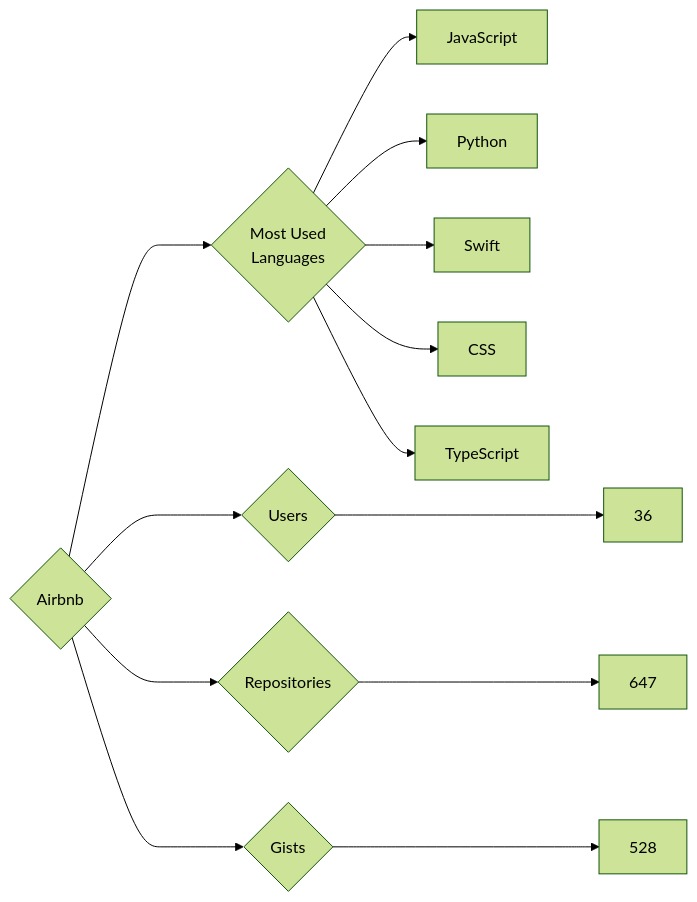
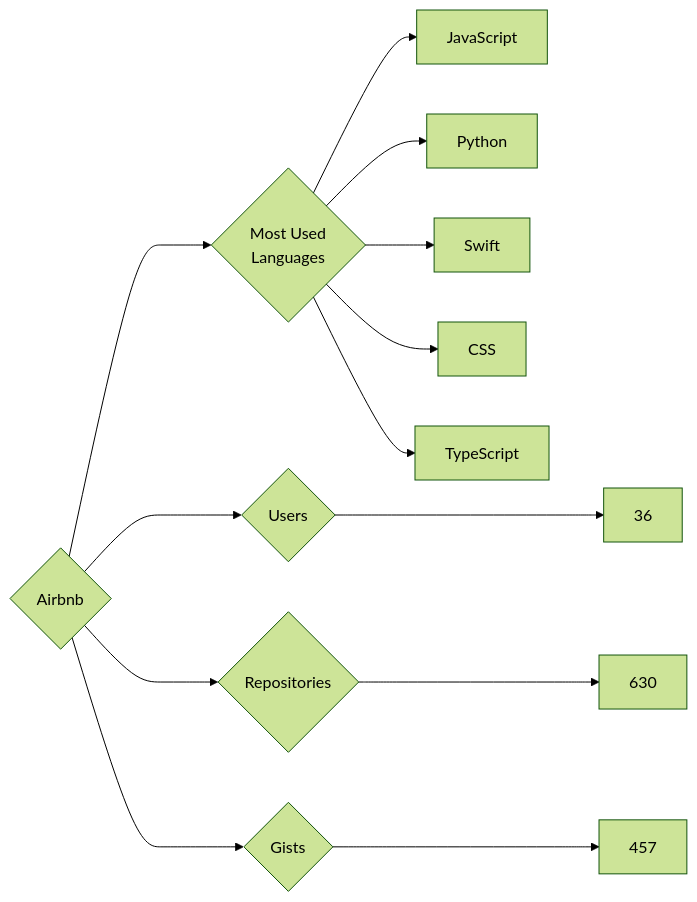
Before and after one commit to trickest/insiders: the diagram in targets/Airbnb/README.md, drawn with Mermaid (forest theme). The commit also changed 714 other files, not shown here.

````diff
--- a/targets/Airbnb/README.md
+++ b/targets/Airbnb/README.md
@@ -3,13 +3,13 @@
 ```mermaid
 graph LR
 COMPANY_NAME{Airbnb}
 COMPANY_NAME ---> U{Users} ---> UN[36]
-COMPANY_NAME ---> R{Repositories} ---> RN[647]
-COMPANY_NAME ---> G{Gists} ---> GN[528]
+COMPANY_NAME ---> R{Repositories} ---> RN[630]
+COMPANY_NAME ---> G{Gists} ---> GN[457]
 COMPANY_NAME ---> ML{Most Used<br>Languages}
 ML --> JavaScript[JavaScript]
 ML --> Python[Python]
 ML --> Swift[Swift]
 ML --> CSS[CSS]
 ML --> TypeScript[TypeScript]
 ```
````
